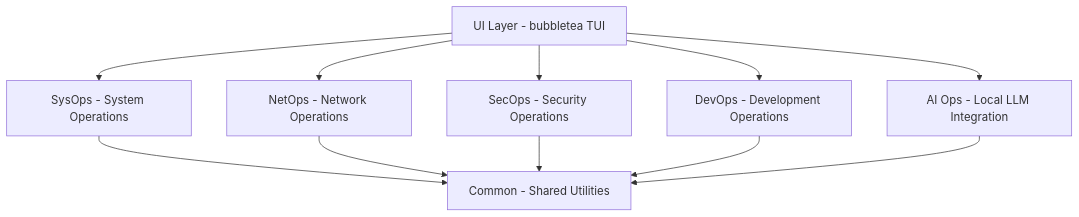
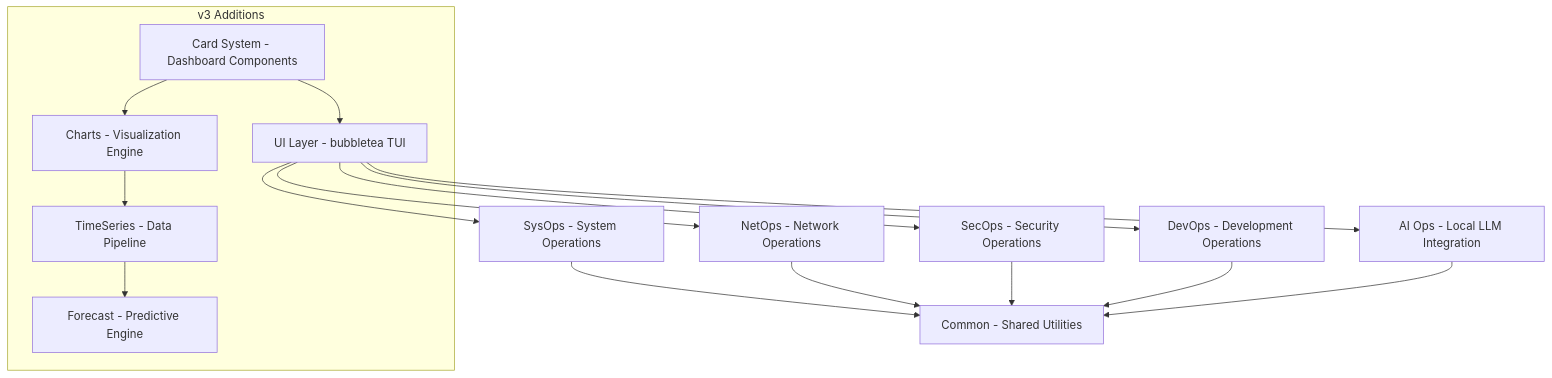
One commit to shahriarhaqueabir/UniversalOps changed the first of 4 diagrams in docs/ARCHITECTURE.md. Above: the diagram before and after it, drawn with Mermaid. The commit also changed other lines of this file and 9627 other files, not shown here.

````diff
--- a/docs/ARCHITECTURE.md
+++ b/docs/ARCHITECTURE.md
@@ -46,21 +48,32 @@
 ```mermaid
 graph TD
     UI[UI Layer - bubbletea TUI]
     SYS[SysOps - System Operations]
     NET[NetOps - Network Operations]
     SEC[SecOps - Security Operations]
     DEV[DevOps - Development Operations]
     AI[AI Ops - Local LLM Integration]
+    CHARTS[Charts - Visualization Engine]
+    TIMESERIES[TimeSeries - Data Pipeline]
+    FORECAST[Forecast - Predictive Engine]
+    CARDS[Card System - Dashboard Components]
     COMMON[Common - Shared Utilities]
     
     UI --> SYS
     UI --> NET
     UI --> SEC
     UI --> DEV
     UI --> AI
     SYS --> COMMON
     NET --> COMMON
     SEC --> COMMON
     DEV --> COMMON
     AI --> COMMON
+
+    subgraph "v3 Additions"
+        CHARTS --> TIMESERIES
+        TIMESERIES --> FORECAST
+        CARDS --> UI
+        CARDS --> CHARTS
+    end
 ```
````
